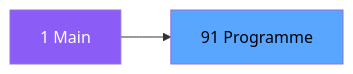
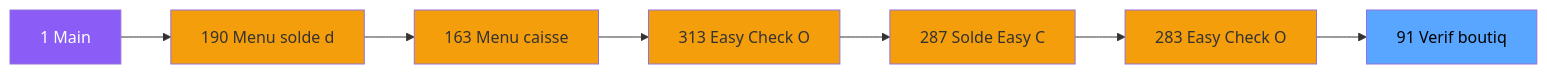
The second of 3 diagrams in .openspec/specs/ADH-IDE-91.md (thonyAGP/magic-migration), drawn with Mermaid before and after one commit. The commit also changed other lines of this file and 323 other files, not shown here.

````diff
--- a/.openspec/specs/ADH-IDE-91.md
+++ b/.openspec/specs/ADH-IDE-91.md
@@ -98,8 +113,23 @@
 ```mermaid
 graph LR
     M[1 Main]
-    T[91 Programme]
-    M --> T
+    N190[190 Menu solde d]
+    N163[163 Menu caisse ]
+    N313[313 Easy Check O]
+    N287[287 Solde Easy C]
+    N283[283 Easy Check O]
+    T[91 Verif boutiq]
+    M --> N190
+    N190 --> N163
+    N163 --> N313
+    N313 --> N287
+    N287 --> N283
+    N283 --> T
     style M fill:#8b5cf6,color:#fff
+    style N190 fill:#f59e0b
+    style N163 fill:#f59e0b
+    style N313 fill:#f59e0b
+    style N287 fill:#f59e0b
+    style N283 fill:#f59e0b
     style T fill:#58a6ff,color:#000
 ```
````
